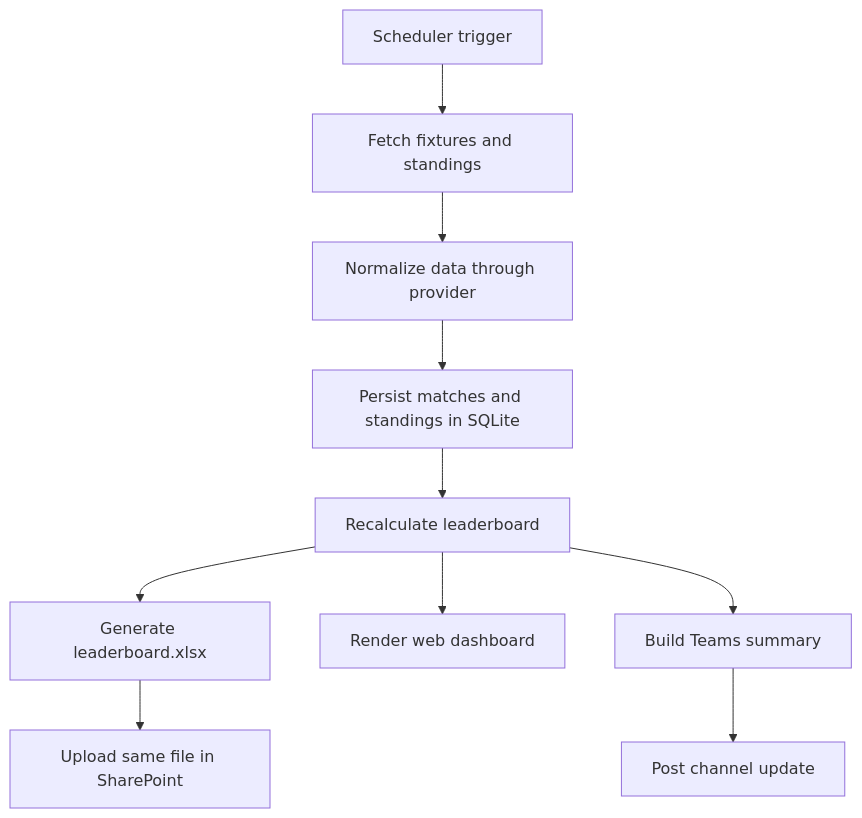
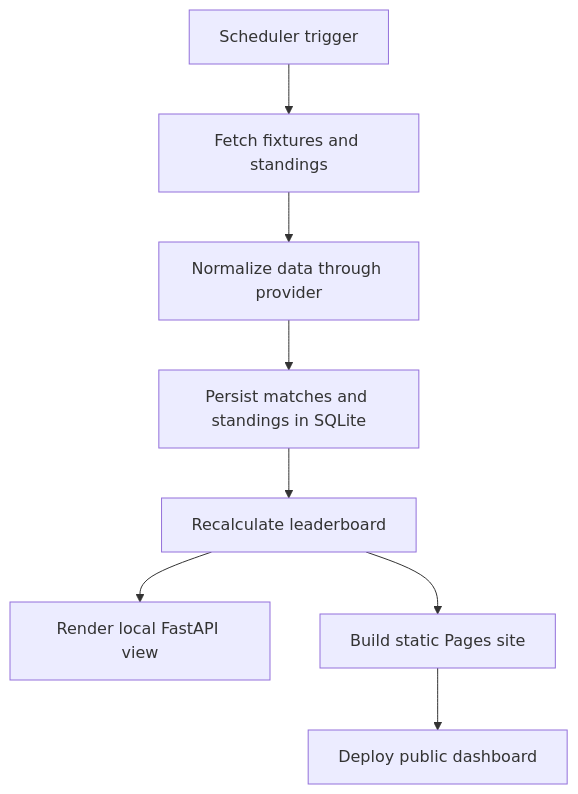
The diagram in README.md (lucius-aiden/world-cup-sweepstake), drawn with Mermaid before and after one commit. The commit also changed other lines of this file and 9 other files, not shown here.

Commit message:
Add GitHub Pages dashboard build

````diff
--- a/README.md
+++ b/README.md
@@ -56,12 +58,10 @@
 ```mermaid
 flowchart TD
     A[Scheduler trigger] --> B[Fetch fixtures and standings]
     B --> C[Normalize data through provider]
     C --> D[Persist matches and standings in SQLite]
     D --> E[Recalculate leaderboard]
-    E --> F[Generate leaderboard.xlsx]
-    E --> J[Render web dashboard]
-    F --> G[Upload same file in SharePoint]
-    E --> H[Build Teams summary]
-    H --> I[Post channel update]
+    E --> F[Render local FastAPI view]
+    E --> G[Build static Pages site]
+    G --> H[Deploy public dashboard]
 ```
````
